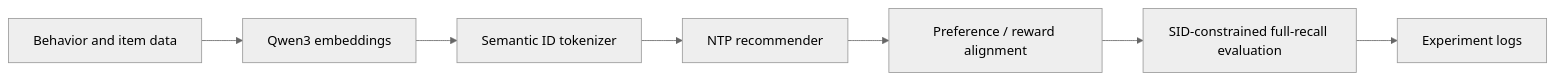
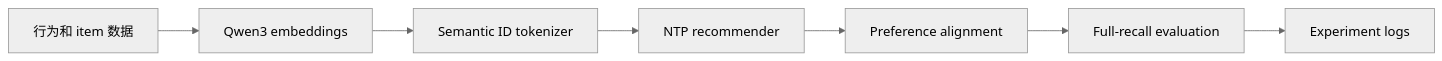
The second of 2 diagrams in README.zh.md (yzq986/nanoGenRec), drawn with Mermaid (neutral theme) before and after one commit. The commit also changed other lines of this file and 4 other files, not shown here.

````diff
--- a/README.zh.md
+++ b/README.zh.md
@@ -66,9 +124,9 @@
 ```mermaid
 graph LR
-    A["Behavior and item data"] --> B["Qwen3 embeddings"]
+    A["行为和 item 数据"] --> B["Qwen3 embeddings"]
     B --> C["Semantic ID tokenizer"]
     C --> D["NTP recommender"]
-    D --> E["Preference / reward alignment"]
-    E --> F["SID-constrained full-recall evaluation"]
+    D --> E["Preference alignment"]
+    E --> F["Full-recall evaluation"]
     F --> G["Experiment logs"]
 ```
````
